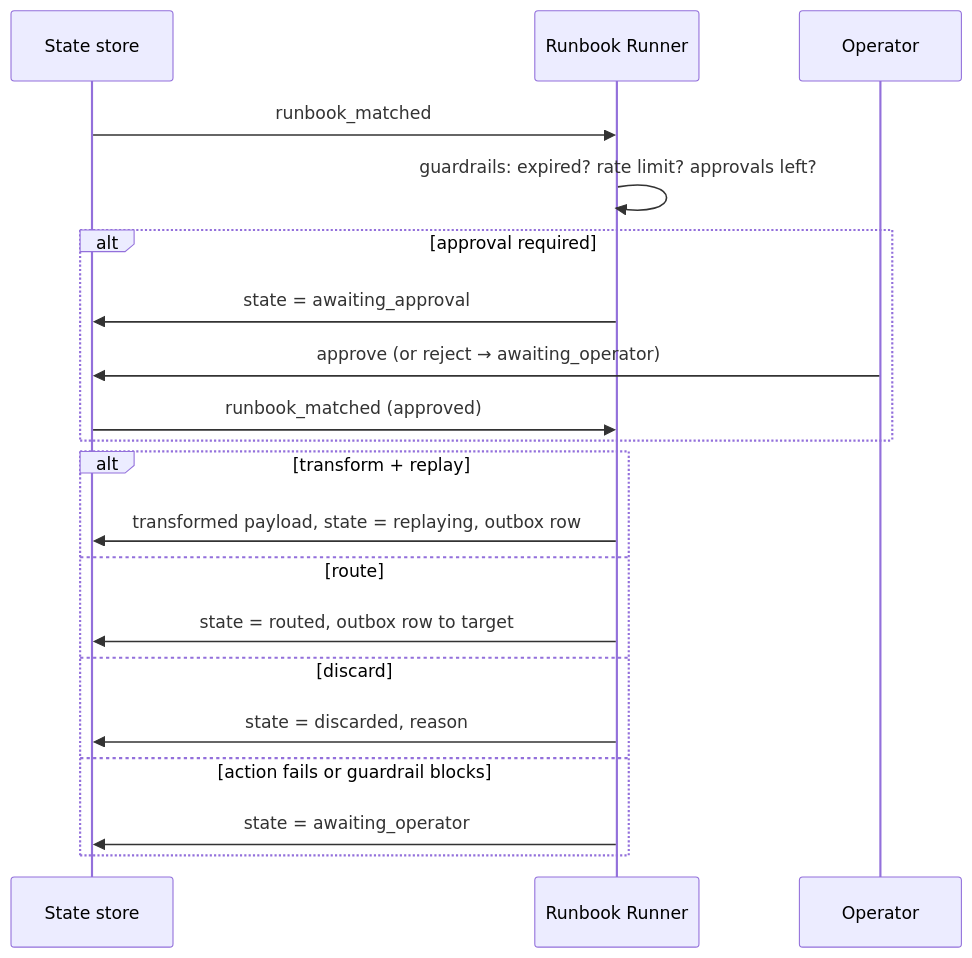
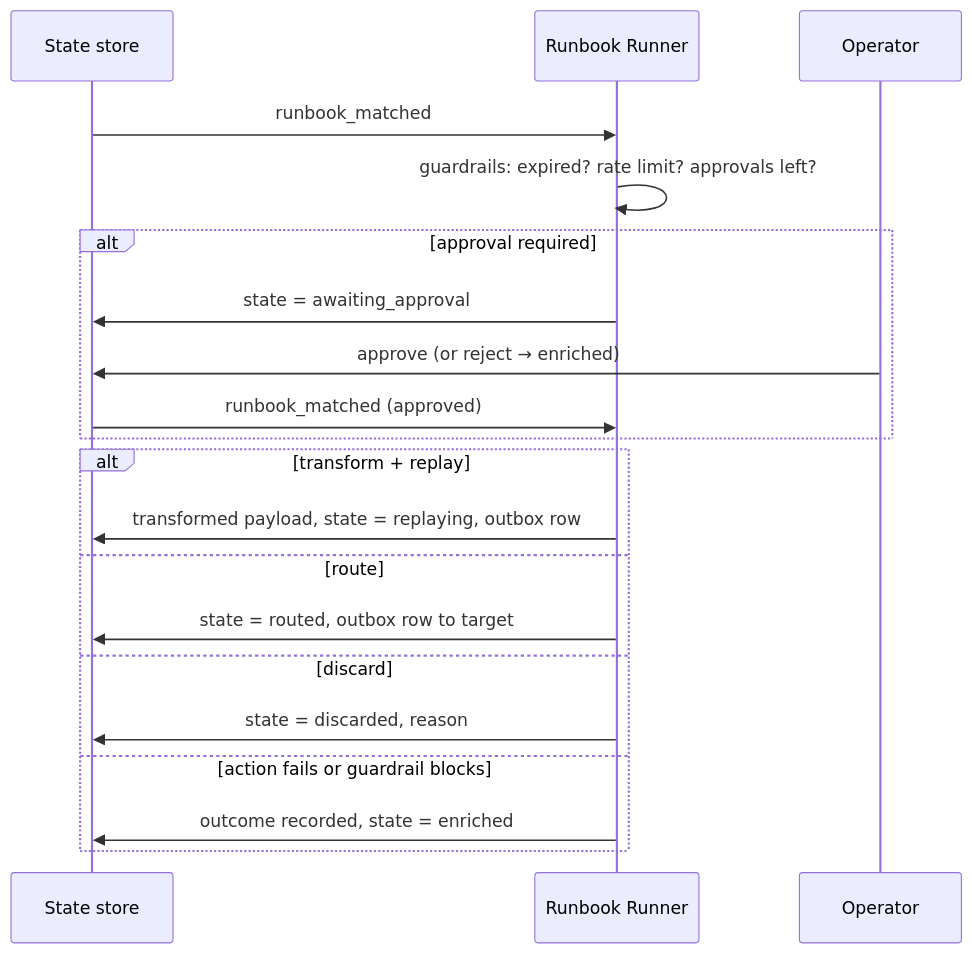
Before and after one commit to opendlq/OpenDLQ: the seventh of 10 diagrams in docs/flows.md, drawn with Mermaid. The commit also changed other lines of this file and 1 other file, not shown here.

````diff
--- a/docs/flows.md
+++ b/docs/flows.md
@@ -157,22 +161,22 @@
 ```mermaid
 sequenceDiagram
     participant S as State store
     participant R as Runbook Runner
     participant Op as Operator
     S->>R: runbook_matched
     R->>R: guardrails: expired? rate limit? approvals left?
     alt approval required
         R->>S: state = awaiting_approval
-        Op->>S: approve (or reject → awaiting_operator)
+        Op->>S: approve (or reject → enriched)
         S->>R: runbook_matched (approved)
     end
     alt transform + replay
         R->>S: transformed payload, state = replaying, outbox row
     else route
         R->>S: state = routed, outbox row to target
     else discard
         R->>S: state = discarded, reason
     else action fails or guardrail blocks
-        R->>S: state = awaiting_operator
+        R->>S: outcome recorded, state = enriched
     end
 ```
````
